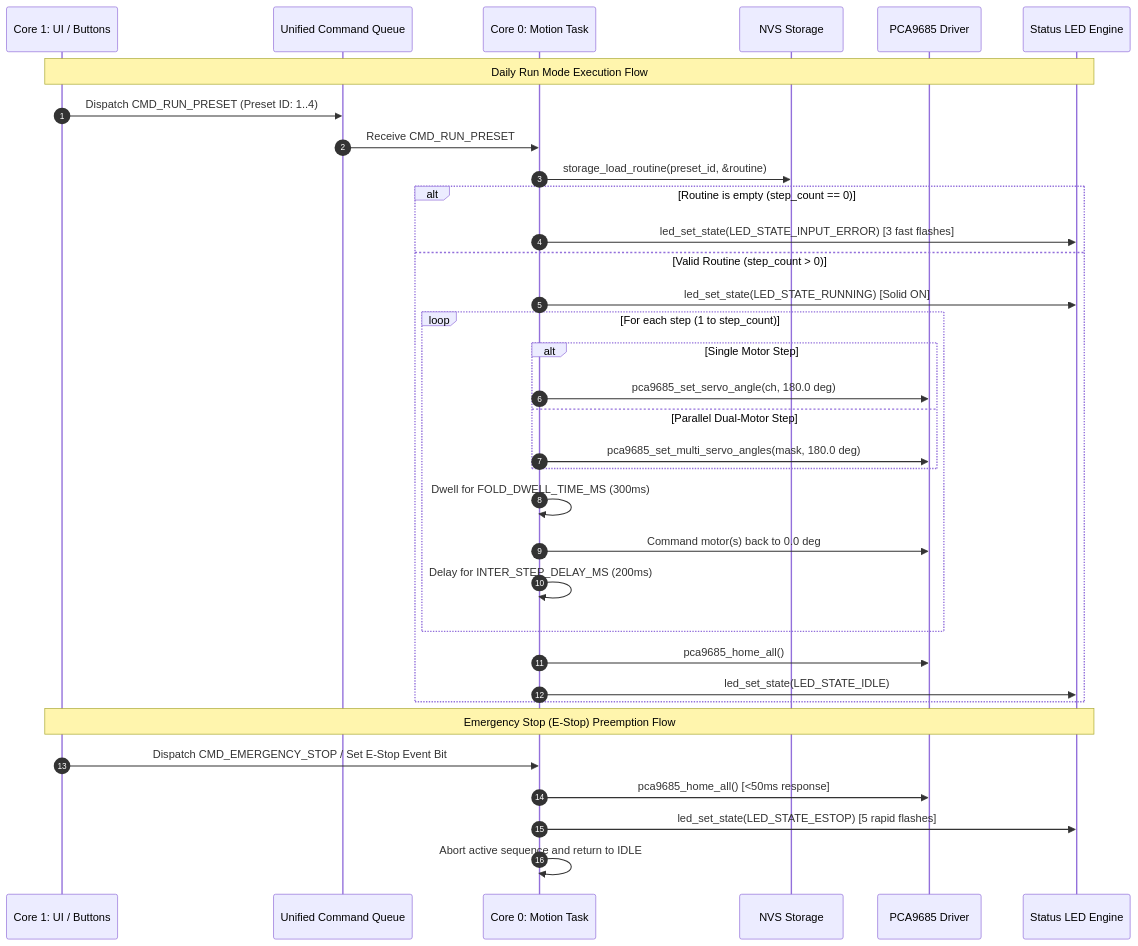
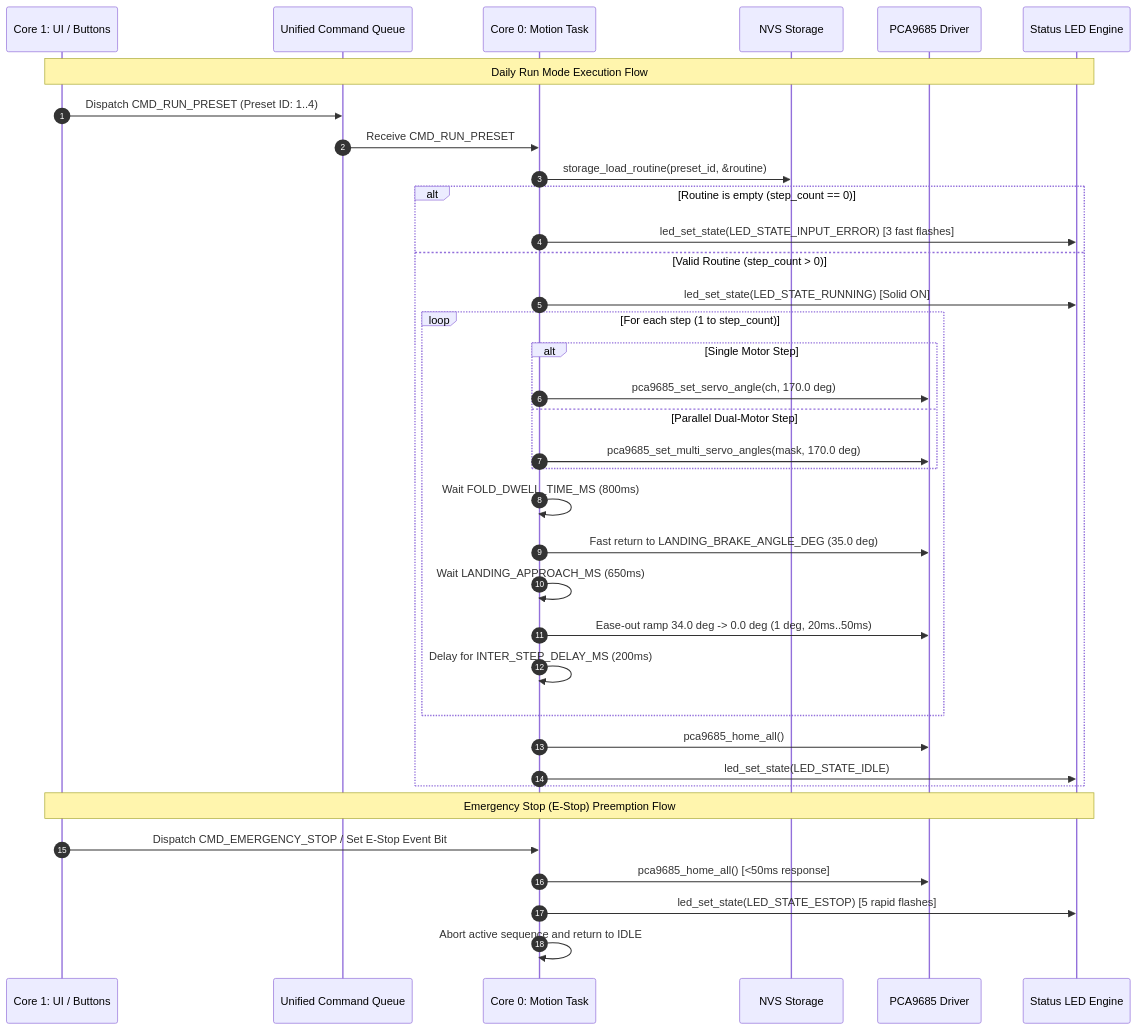
Before and after one commit to aiandrobotics/fabrica: the diagram in firmware/specs/2026-08-27-phase-5-motion-engine/requirements.md, drawn with Mermaid. The commit also changed other lines of this file and 15 other files, not shown here.

Commit message:
Implement 35 deg soft-landing ease-out ramp (170 deg / 800ms sweep) and sync specs

````diff
--- a/firmware/specs/2026-08-27-phase-5-motion-engine/requirements.md
+++ b/firmware/specs/2026-08-27-phase-5-motion-engine/requirements.md
@@ -74,38 +75,40 @@
 ```mermaid
 sequenceDiagram
     autonumber
     participant UI as Core 1: UI / Buttons
     participant Q as Unified Command Queue
     participant M as Core 0: Motion Task
     participant NVS as NVS Storage
     participant I2C as PCA9685 Driver
     participant LED as Status LED Engine
 
     Note over UI,LED: Daily Run Mode Execution Flow
     UI->>Q: Dispatch CMD_RUN_PRESET (Preset ID: 1..4)
     Q->>M: Receive CMD_RUN_PRESET
     M->>NVS: storage_load_routine(preset_id, &routine)
     alt Routine is empty (step_count == 0)
         M->>LED: led_set_state(LED_STATE_INPUT_ERROR) [3 fast flashes]
     else Valid Routine (step_count > 0)
         M->>LED: led_set_state(LED_STATE_RUNNING) [Solid ON]
         loop For each step (1 to step_count)
             alt Single Motor Step
-                M->>I2C: pca9685_set_servo_angle(ch, 180.0 deg)
+                M->>I2C: pca9685_set_servo_angle(ch, 170.0 deg)
             else Parallel Dual-Motor Step
-                M->>I2C: pca9685_set_multi_servo_angles(mask, 180.0 deg)
+                M->>I2C: pca9685_set_multi_servo_angles(mask, 170.0 deg)
             end
-            M->>M: Dwell for FOLD_DWELL_TIME_MS (300ms)
-            M->>I2C: Command motor(s) back to 0.0 deg
+            M->>M: Wait FOLD_DWELL_TIME_MS (800ms)
+            M->>I2C: Fast return to LANDING_BRAKE_ANGLE_DEG (35.0 deg)
+            M->>M: Wait LANDING_APPROACH_MS (650ms)
+            M->>I2C: Ease-out ramp 34.0 deg -> 0.0 deg (1 deg, 20ms..50ms)
             M->>M: Delay for INTER_STEP_DELAY_MS (200ms)
         end
         M->>I2C: pca9685_home_all()
         M->>LED: led_set_state(LED_STATE_IDLE)
     end
 
     Note over UI,LED: Emergency Stop (E-Stop) Preemption Flow
     UI->>M: Dispatch CMD_EMERGENCY_STOP / Set E-Stop Event Bit
     M->>I2C: pca9685_home_all() [<50ms response]
     M->>LED: led_set_state(LED_STATE_ESTOP) [5 rapid flashes]
     M->>M: Abort active sequence and return to IDLE
 ```
````
